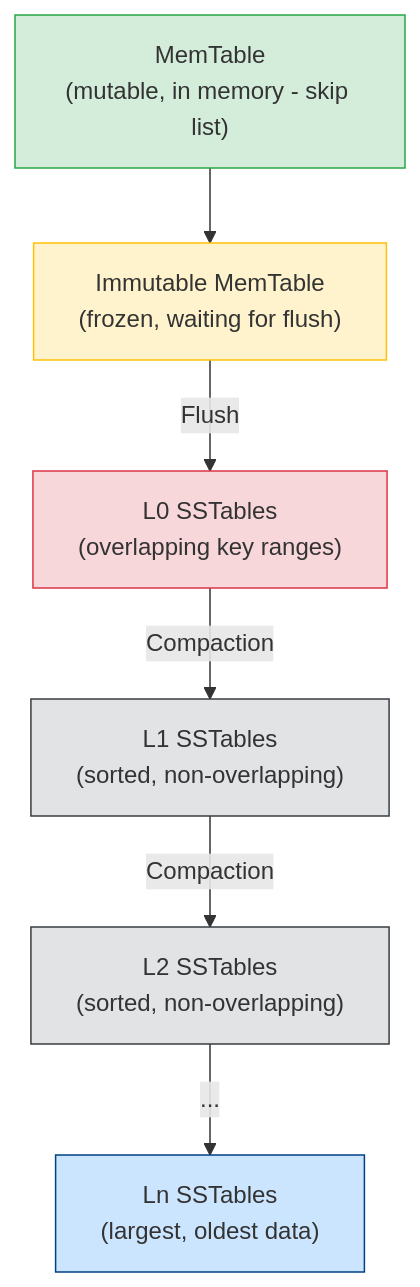
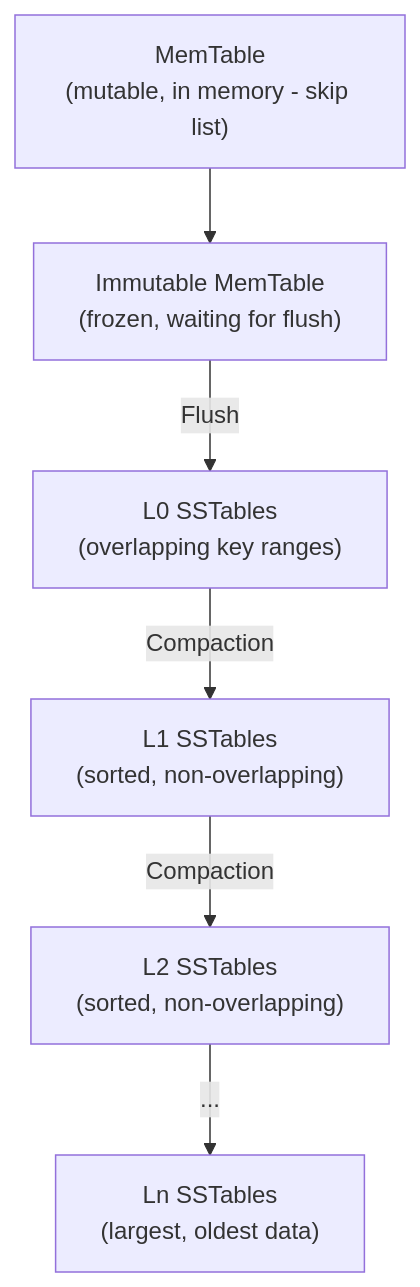
One commit to KnightKnight27/scaler-Adv-DBMS changed the first of 2 diagrams in System_Design_Docs/rocksdb/README.md. Above: the diagram before and after it, drawn with Mermaid. The commit also changed other lines of this file and 3 other files, not shown here.

Commit message:
chore: change styling for diagrams

````diff
--- a/System_Design_Docs/rocksdb/README.md
+++ b/System_Design_Docs/rocksdb/README.md
@@ -17,22 +17,15 @@
 ```mermaid
 graph TD
     MT["MemTable<br>(mutable, in memory - skip list)"]
     IMT["Immutable MemTable<br>(frozen, waiting for flush)"]
     L0["L0 SSTables<br>(overlapping key ranges)"]
     L1["L1 SSTables<br>(sorted, non-overlapping)"]
     L2["L2 SSTables<br>(sorted, non-overlapping)"]
     Ln["Ln SSTables<br>(largest, oldest data)"]
 
     MT --> IMT
     IMT -->|Flush| L0
     L0 -->|Compaction| L1
     L1 -->|Compaction| L2
     L2 -->|...| Ln
-
-    style MT fill:#d4edda,stroke:#28a745,stroke-width:1px
-    style IMT fill:#fff3cd,stroke:#ffc107,stroke-width:1px
-    style L0 fill:#f8d7da,stroke:#dc3545,stroke-width:1px
-    style L1 fill:#e2e3e5,stroke:#383d41,stroke-width:1px
-    style L2 fill:#e2e3e5,stroke:#383d41,stroke-width:1px
-    style Ln fill:#cce5ff,stroke:#004085,stroke-width:1px
 ```
````
